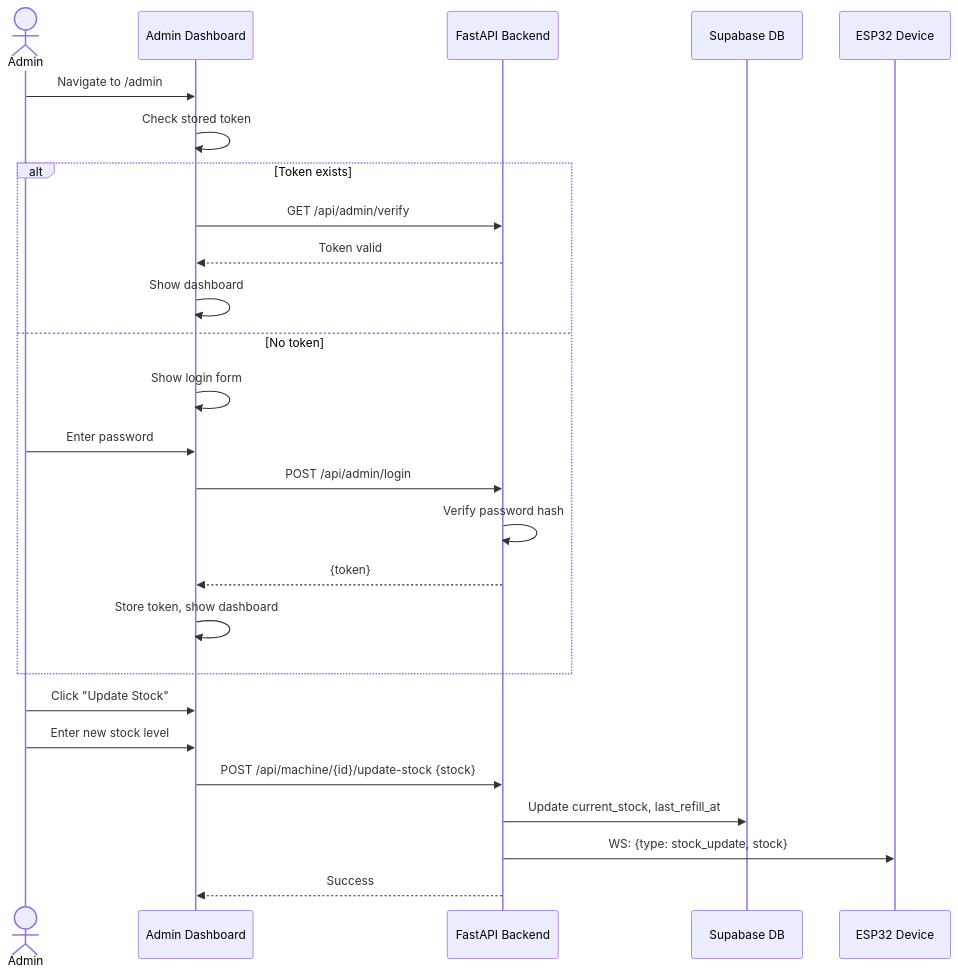
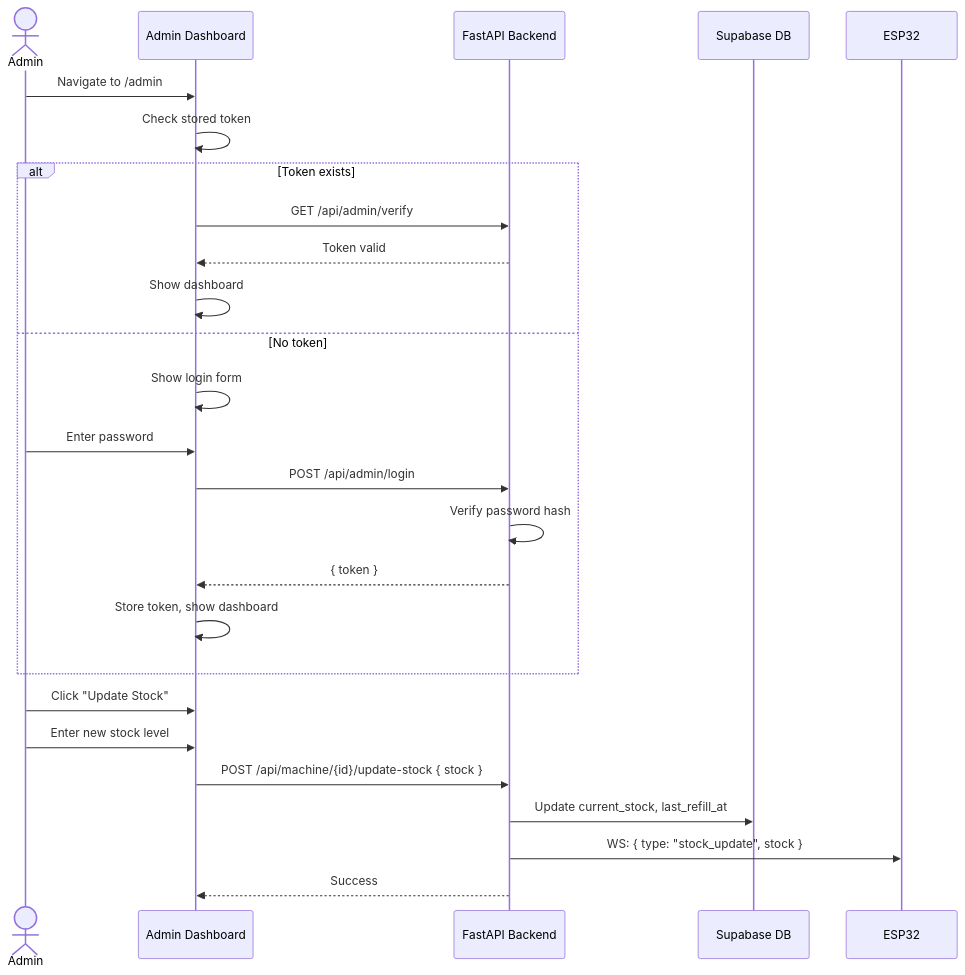
The sixth of 11 diagrams in UML_Diagrams.md (gouthamlingoju/SmartVend), drawn with Mermaid before and after one commit. The commit also changed other lines of this file and 10 other files, not shown here.

````diff
--- a/UML_Diagrams.md
+++ b/UML_Diagrams.md
@@ -270,30 +333,30 @@
 ```mermaid
 sequenceDiagram
     actor Admin
     participant UI as Admin Dashboard
     participant API as FastAPI Backend
     participant DB as Supabase DB
-    participant ESP as ESP32 Device
+    participant ESP as ESP32
 
     Admin->>UI: Navigate to /admin
     UI->>UI: Check stored token
     alt Token exists
         UI->>API: GET /api/admin/verify
         API-->>UI: Token valid
         UI->>UI: Show dashboard
     else No token
         UI->>UI: Show login form
         Admin->>UI: Enter password
         UI->>API: POST /api/admin/login
         API->>API: Verify password hash
-        API-->>UI: {token}
+        API-->>UI: { token }
         UI->>UI: Store token, show dashboard
     end
 
     Admin->>UI: Click "Update Stock"
     Admin->>UI: Enter new stock level
-    UI->>API: POST /api/machine/{id}/update-stock {stock}
+    UI->>API: POST /api/machine/{id}/update-stock { stock }
     API->>DB: Update current_stock, last_refill_at
-    API->>ESP: WS: {type: stock_update, stock}
+    API->>ESP: WS: { type: "stock_update", stock }
     API-->>UI: Success
 ```
````
